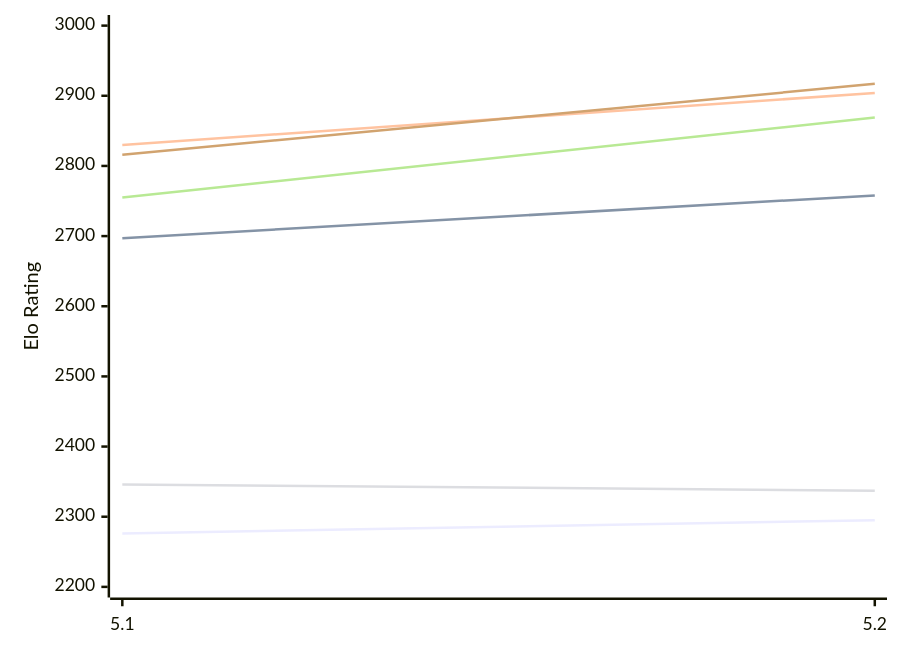
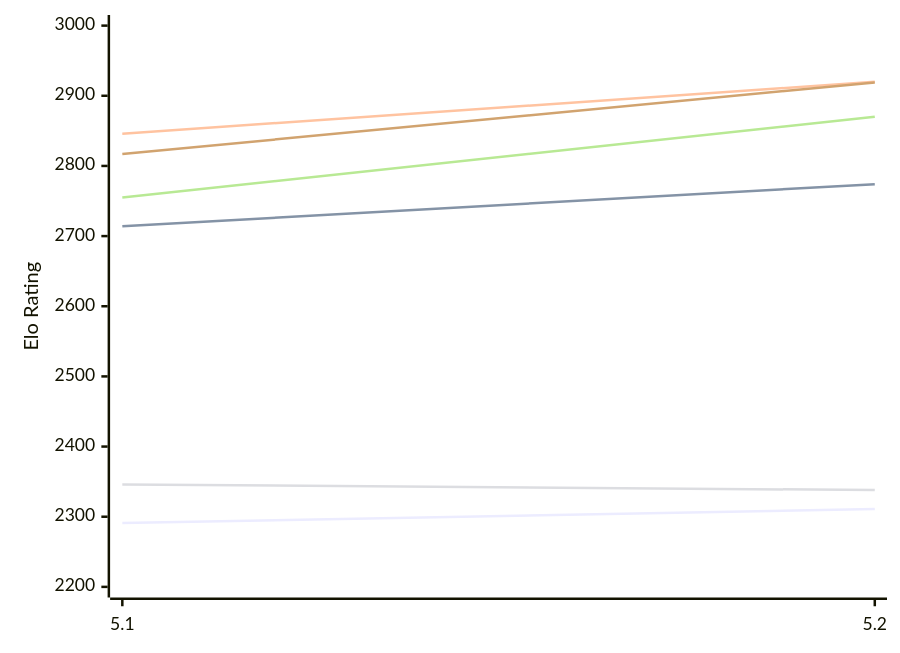
One commit to computer-chess-index/cci changed the first of 2 diagrams in engines/Dorky.md. Above: the diagram before and after it, drawn with Mermaid. The commit also changed other lines of this file, not shown here.

Commit message:
Update CCI Ratings (ELO VLTC) - 2026-11-11

````diff
--- a/engines/Dorky.md
+++ b/engines/Dorky.md
@@ -50,12 +50,12 @@
 ```mermaid
 %%{init: {"theme":"base","themeVariables":{"seriesColors:['#a3a3a3','#222221','#faa371']}}}%%
 xychart-beta
   x-axis ["5.1", "5.2"]
   y-axis "Elo Rating" 2200 --> 3000
-  line "E1: STC (8.0+0.08s)" [2276, 2295]
-  line "E1: LTC (60.0+0.60s)" [2697, 2758]
-  line "E1: VLTC (2m24s+1.12s)" [2830, 2904]
-  line "P1: STC (8.0+0.08s)" [2346, 2337]
-  line "P1: LTC (60.0+0.60s)" [2755, 2869]
-  line "P1: VLTC (2m24s+1.12s)" [2816, 2917]
+  line "E1: STC (8.0+0.08s)" [2291, 2311]
+  line "E1: LTC (60.0+0.60s)" [2714, 2774]
+  line "E1: VLTC (2m24s+1.12s)" [2846, 2920]
+  line "P1: STC (8.0+0.08s)" [2346, 2338]
+  line "P1: LTC (60.0+0.60s)" [2755, 2870]
+  line "P1: VLTC (2m24s+1.12s)" [2817, 2919]
 ```
````
